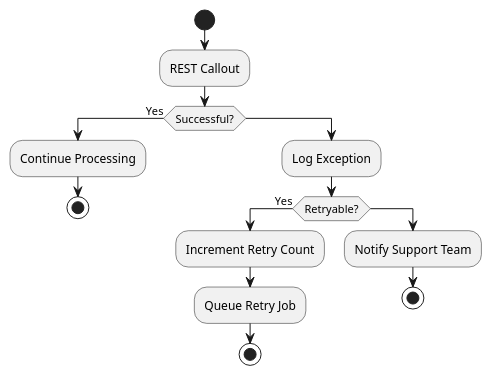
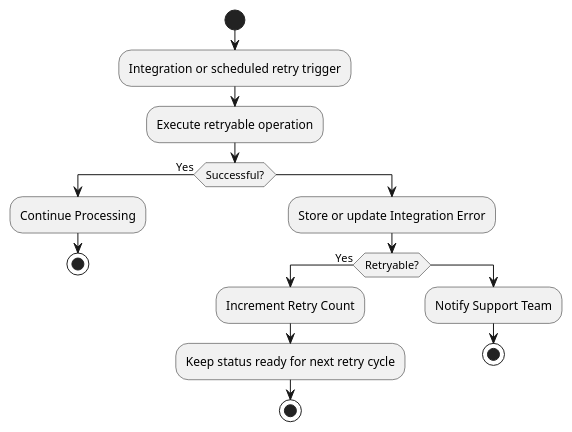
The diagram in doc/7.4 Retry Strategy.puml (jimmytobing/virtusa), drawn with PlantUML before and after one commit. The commit also changed 16 other files, not shown here.

```diff
--- a/doc/7.4 Retry Strategy.puml
+++ b/doc/7.4 Retry Strategy.puml
@@ -1,35 +1,37 @@
 @startuml
 
 start
 
-:REST Callout;
+:Integration or scheduled retry trigger;
+
+:Execute retryable operation;
 
 if (Successful?) then (Yes)
 
 :Continue Processing;
 
 stop
 
 else
 
-:Log Exception;
+:Store or update Integration Error;
 
 if (Retryable?) then (Yes)
 
 :Increment Retry Count;
 
-:Queue Retry Job;
+:Keep status ready for next retry cycle;
 
 stop
 
 else
 
 :Notify Support Team;
 
 stop
 
 endif
 
 endif
 
 @enduml
```
